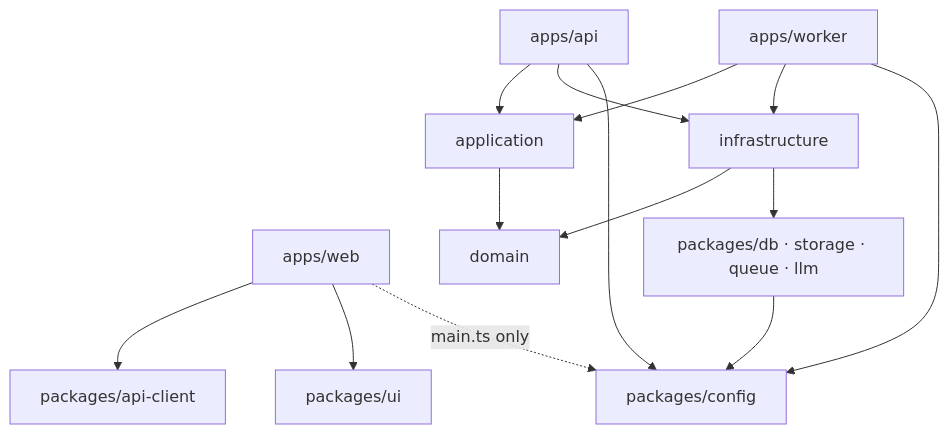
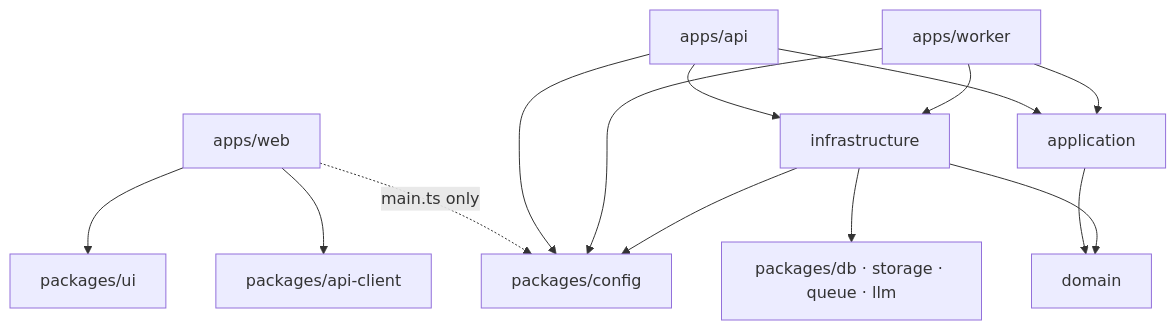
One commit to khotei/app-template changed the first of 3 diagrams in docs/tickets/2026-10-15_monorepo-setup/architecture.md. Above: the diagram before and after it, drawn with Mermaid. The commit also changed other lines of this file and 29 other files, not shown here.

````diff
--- a/docs/tickets/2026-10-15_monorepo-setup/architecture.md
+++ b/docs/tickets/2026-10-15_monorepo-setup/architecture.md
@@ -9,16 +9,16 @@
 ```mermaid
 graph TD
   web[apps/web] --> apiClient[packages/api-client]
   web --> ui[packages/ui]
   web -.->|main.ts only| config
   api[apps/api] --> application
   api --> infrastructure
   worker[apps/worker] --> application
   worker --> infrastructure
   api --> config[packages/config]
   worker --> config
   application --> domain
   infrastructure --> domain
   infrastructure --> clients["packages/db · storage · queue · llm"]
-  clients --> config
+  infrastructure --> config
 ```
````
